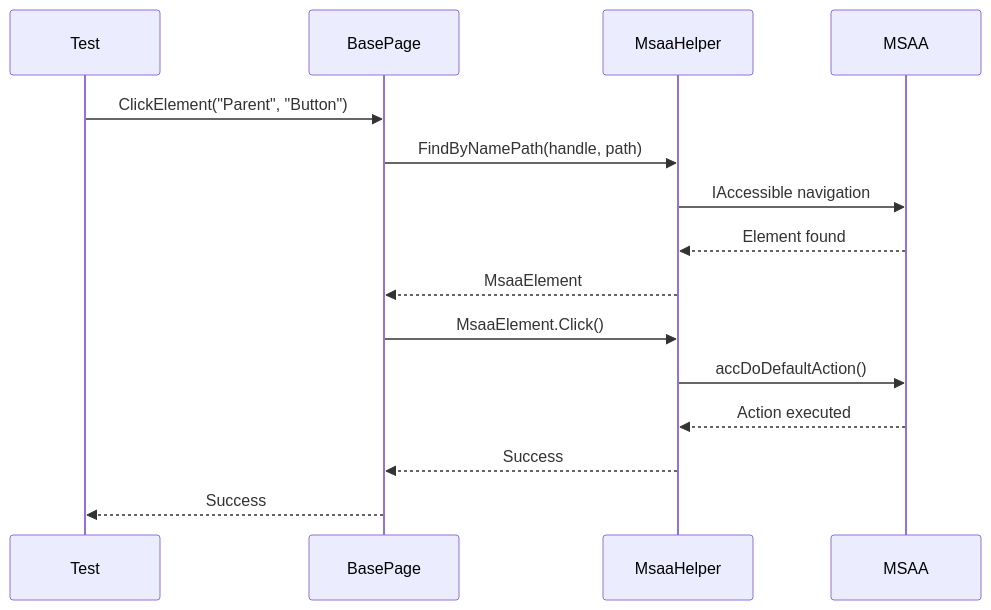
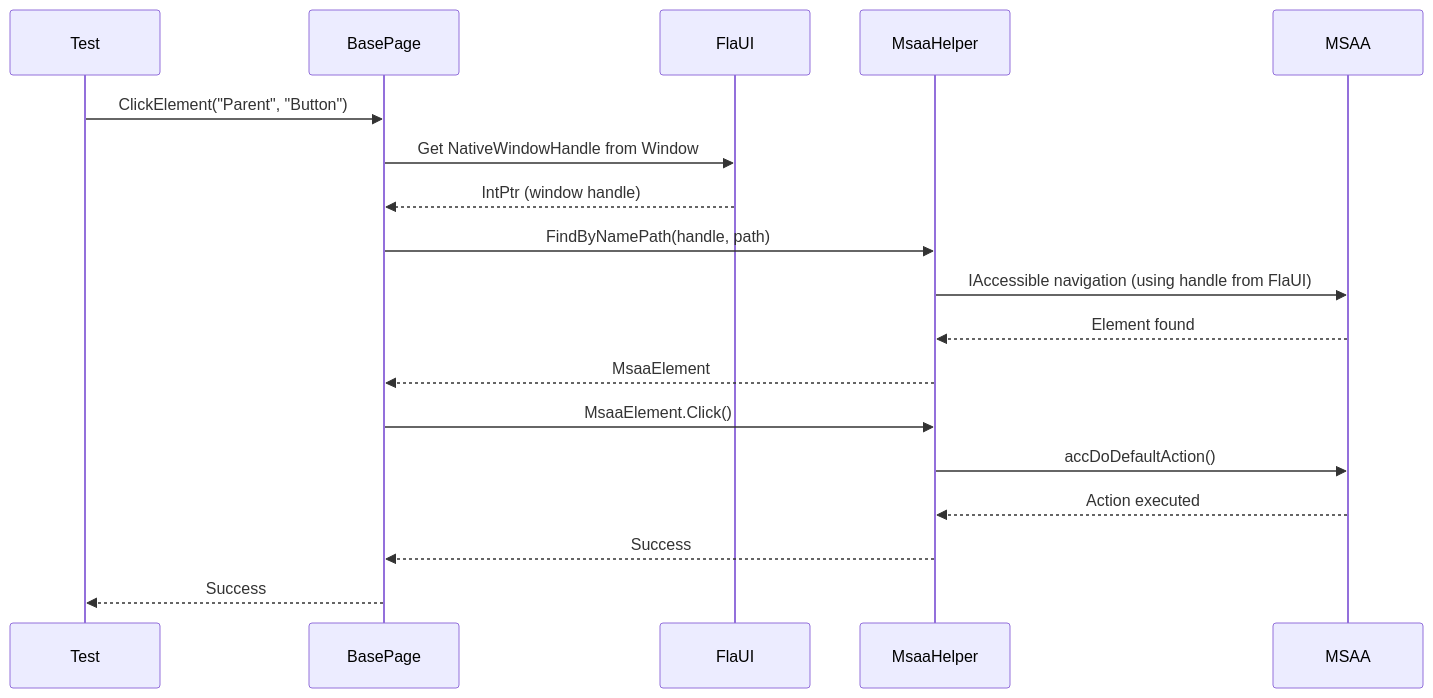
The fifth of 6 diagrams in website/docs/architecture.md (Akradeveloper/Hipos), drawn with Mermaid before and after one commit. The commit also changed other lines of this file and 10 other files, not shown here.

First line of the commit message:
Update documentation and code comments to clarify MSAA interactions via FlaUI

````diff
--- a/website/docs/architecture.md
+++ b/website/docs/architecture.md
@@ -208,18 +208,21 @@
 ```mermaid
 sequenceDiagram
     participant Test
     participant BasePage
+    participant FlaUI
     participant MsaaHelper
     participant MSAA
     
     Test->>BasePage: ClickElement("Parent", "Button")
+    BasePage->>FlaUI: Get NativeWindowHandle from Window
+    FlaUI-->>BasePage: IntPtr (window handle)
     BasePage->>MsaaHelper: FindByNamePath(handle, path)
-    MsaaHelper->>MSAA: IAccessible navigation
+    MsaaHelper->>MSAA: IAccessible navigation (using handle from FlaUI)
     MSAA-->>MsaaHelper: Element found
     MsaaHelper-->>BasePage: MsaaElement
     BasePage->>MsaaHelper: MsaaElement.Click()
     MsaaHelper->>MSAA: accDoDefaultAction()
     MSAA-->>MsaaHelper: Action executed
     MsaaHelper-->>BasePage: Success
     BasePage-->>Test: Success
 ```
````
